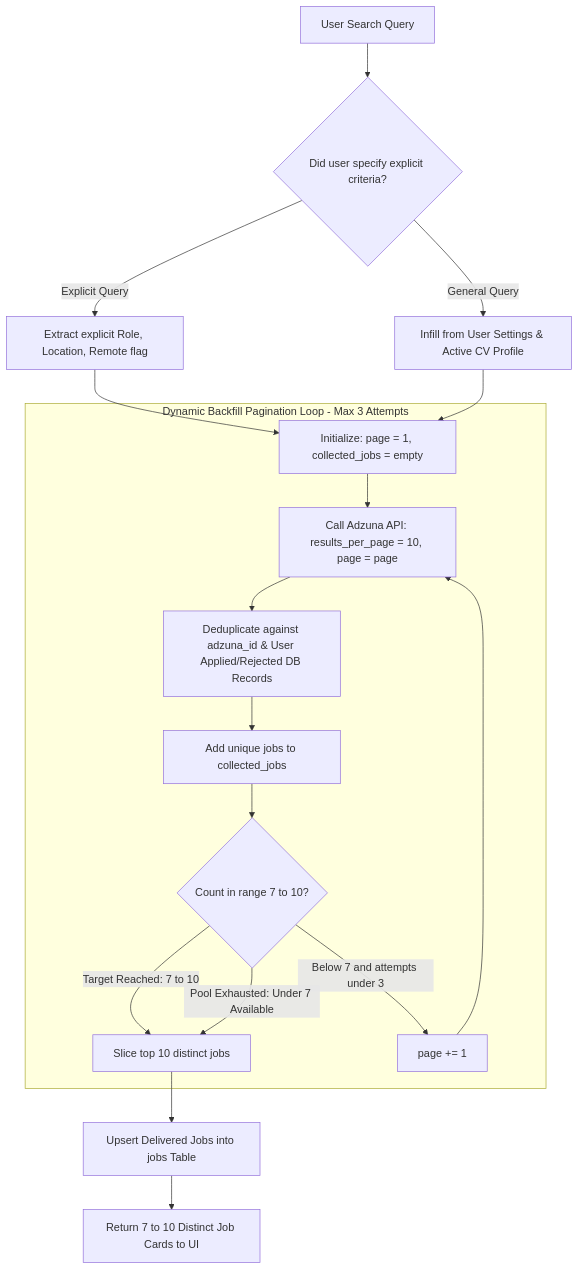
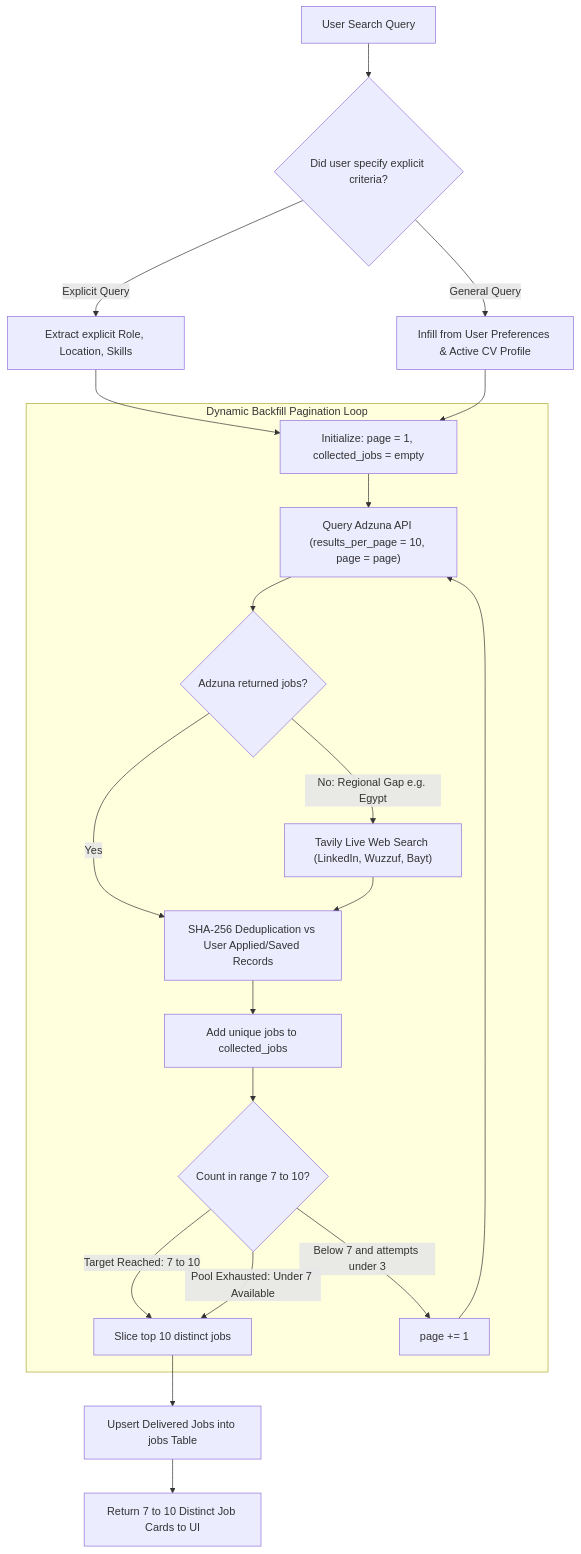
One commit to Mostafa710/career-copilot changed the third of 9 diagrams in docs/architecture_flowcharts.md. Above: the diagram before and after it, drawn with Mermaid. The commit also changed other lines of this file and 2 other files, not shown here.

Commit message:
docs: synchronize README, implementation plan, and architecture flowcharts with exact multi-agent implementations

````diff
--- a/docs/architecture_flowcharts.md
+++ b/docs/architecture_flowcharts.md
@@ -148,24 +79,27 @@
 ```mermaid
 flowchart TD
     UserQuery["User Search Query"] --> CheckInput{"Did user specify explicit criteria?"}
     
-    CheckInput -->|Explicit Query| UseExplicit["Extract explicit Role, Location, Remote flag"]
-    CheckInput -->|General Query| Infill["Infill from User Settings & Active CV Profile"]
+    CheckInput -->|Explicit Query| UseExplicit["Extract explicit Role, Location, Skills"]
+    CheckInput -->|General Query| Infill["Infill from User Preferences & Active CV Profile"]
     
     UseExplicit & Infill --> InitState["Initialize: page = 1, collected_jobs = empty"]
     
-    subgraph BackfillLoop ["Dynamic Backfill Pagination Loop - Max 3 Attempts"]
-        InitState --> CallAdzuna["Call Adzuna API: results_per_page = 10, page = page"]
-        CallAdzuna --> FilterDup["Deduplicate against adzuna_id & User Applied/Rejected DB Records"]
+    subgraph BackfillLoop ["Dynamic Backfill Pagination Loop"]
+        InitState --> CallAdzuna["Query Adzuna API (results_per_page = 10, page = page)"]
+        CallAdzuna --> CheckAdzuna{"Adzuna returned jobs?"}
+        
+        CheckAdzuna -->|Yes| FilterDup["SHA-256 Deduplication vs User Applied/Saved Records"]
+        CheckAdzuna -->|No: Regional Gap e.g. Egypt| TavilyFallback["Tavily Live Web Search (LinkedIn, Wuzzuf, Bayt)"] --> FilterDup
+        
         FilterDup --> Accumulate["Add unique jobs to collected_jobs"]
-        
         Accumulate --> CheckCount{"Count in range 7 to 10?"}
         
         CheckCount -->|Target Reached: 7 to 10| FinalSlice["Slice top 10 distinct jobs"]
         CheckCount -->|Below 7 and attempts under 3| IncrementPage["page += 1"] --> CallAdzuna
         CheckCount -->|Pool Exhausted: Under 7 Available| FinalSlice
     end
     
     FinalSlice --> StoreNewJobs["Upsert Delivered Jobs into jobs Table"]
     StoreNewJobs --> ReturnJobs["Return 7 to 10 Distinct Job Cards to UI"]
 ```
````
